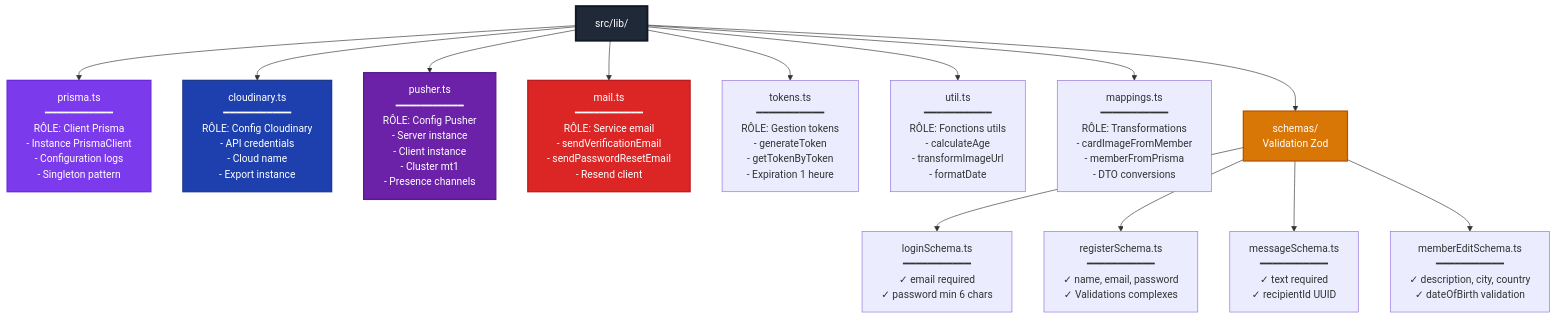
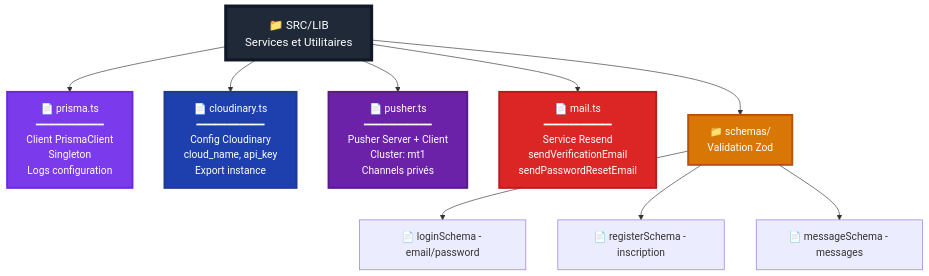
One commit to inskillflow/next-auth-demo-2-match changed the fifth of 19 diagrams in documentation/17-arborescence-fichiers-roles.md. Above: the diagram before and after it, drawn with Mermaid. The commit also changed other lines of this file, not shown here.

````diff
--- a/documentation/17-arborescence-fichiers-roles.md
+++ b/documentation/17-arborescence-fichiers-roles.md
@@ -173,35 +159,25 @@
 ```mermaid
 flowchart TD
-    LIB["src/lib/"]
+    LIB["📁 SRC/LIB<br/>Services et Utilitaires"]
     
-    LIB --> PRISMA_FILE["prisma.ts<br/>━━━━━━━━━━━<br/>RÔLE: Client Prisma<br/>- Instance PrismaClient<br/>- Configuration logs<br/>- Singleton pattern"]
+    LIB --> PRISMA_FILE["📄 prisma.ts<br/>━━━━━━━━━━━<br/>Client PrismaClient<br/>Singleton<br/>Logs configuration"]
     
-    LIB --> CLOUDINARY_FILE["cloudinary.ts<br/>━━━━━━━━━━━<br/>RÔLE: Config Cloudinary<br/>- API credentials<br/>- Cloud name<br/>- Export instance"]
+    LIB --> CLOUDINARY_FILE["📄 cloudinary.ts<br/>━━━━━━━━━━━<br/>Config Cloudinary<br/>cloud_name, api_key<br/>Export instance"]
     
-    LIB --> PUSHER_FILE["pusher.ts<br/>━━━━━━━━━━━<br/>RÔLE: Config Pusher<br/>- Server instance<br/>- Client instance<br/>- Cluster mt1<br/>- Presence channels"]
+    LIB --> PUSHER_FILE["📄 pusher.ts<br/>━━━━━━━━━━━<br/>Pusher Server + Client<br/>Cluster: mt1<br/>Channels privés"]
     
-    LIB --> MAIL_FILE["mail.ts<br/>━━━━━━━━━━━<br/>RÔLE: Service email<br/>- sendVerificationEmail<br/>- sendPasswordResetEmail<br/>- Resend client"]
+    LIB --> MAIL_FILE["📄 mail.ts<br/>━━━━━━━━━━━<br/>Service Resend<br/>sendVerificationEmail<br/>sendPasswordResetEmail"]
     
-    LIB --> TOKENS_FILE["tokens.ts<br/>━━━━━━━━━━━<br/>RÔLE: Gestion tokens<br/>- generateToken<br/>- getTokenByToken<br/>- Expiration 1 heure"]
+    LIB --> SCHEMAS["📁 schemas/<br/>Validation Zod"]
     
-    LIB --> UTIL_FILE["util.ts<br/>━━━━━━━━━━━<br/>RÔLE: Fonctions utils<br/>- calculateAge<br/>- transformImageUrl<br/>- formatDate"]
+    SCHEMAS --> S1["📄 loginSchema - email/password"]
+    SCHEMAS --> S2["📄 registerSchema - inscription"]
+    SCHEMAS --> S3["📄 messageSchema - messages"]
     
-    LIB --> MAPPINGS_FILE["mappings.ts<br/>━━━━━━━━━━━<br/>RÔLE: Transformations<br/>- cardImageFromMember<br/>- memberFromPrisma<br/>- DTO conversions"]
-    
-    LIB --> SCHEMAS["schemas/<br/>Validation Zod"]
-    
-    SCHEMAS --> LOGIN_SCHEMA["loginSchema.ts<br/>━━━━━━━━━━━<br/>✓ email required<br/>✓ password min 6 chars"]
-    
-    SCHEMAS --> REGISTER_SCHEMA["registerSchema.ts<br/>━━━━━━━━━━━<br/>✓ name, email, password<br/>✓ Validations complexes"]
-    
-    SCHEMAS --> MESSAGE_SCHEMA["messageSchema.ts<br/>━━━━━━━━━━━<br/>✓ text required<br/>✓ recipientId UUID"]
-    
-    SCHEMAS --> MEMBER_SCHEMA["memberEditSchema.ts<br/>━━━━━━━━━━━<br/>✓ description, city, country<br/>✓ dateOfBirth validation"]
-    
-    style LIB fill:#1f2937,stroke:#111827,stroke-width:3px,color:#fff
-    style PRISMA_FILE fill:#7c3aed,stroke:#6d28d9,stroke-width:2px,color:#fff
-    style CLOUDINARY_FILE fill:#1e40af,stroke:#1e3a8a,stroke-width:2px,color:#fff
-    style PUSHER_FILE fill:#6b21a8,stroke:#581c87,stroke-width:2px,color:#fff
-    style MAIL_FILE fill:#dc2626,stroke:#b91c1c,stroke-width:2px,color:#fff
-    style SCHEMAS fill:#d97706,stroke:#b45309,stroke-width:2px,color:#fff
+    style LIB fill:#1f2937,stroke:#111827,stroke-width:5px,color:#fff,font-size:18px
+    style PRISMA_FILE fill:#7c3aed,stroke:#6d28d9,stroke-width:3px,color:#fff
+    style CLOUDINARY_FILE fill:#1e40af,stroke:#1e3a8a,stroke-width:3px,color:#fff
+    style PUSHER_FILE fill:#6b21a8,stroke:#581c87,stroke-width:3px,color:#fff
+    style MAIL_FILE fill:#dc2626,stroke:#b91c1c,stroke-width:3px,color:#fff
+    style SCHEMAS fill:#d97706,stroke:#b45309,stroke-width:3px,color:#fff
 ```
````
